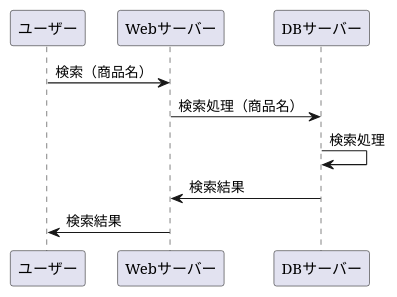
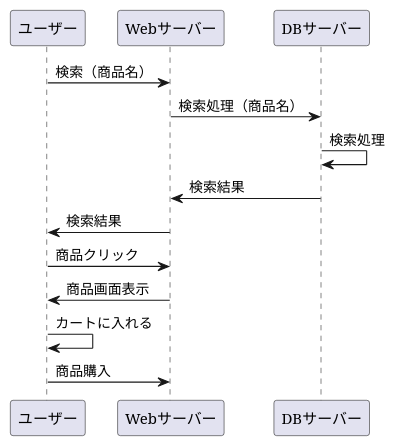
Before and after one commit to Aso2001384/2021sys-design: the diagram in ECsite_work.md, drawn with PlantUML.

````diff
--- a/ECsite_work.md
+++ b/ECsite_work.md
@@ -1,11 +1,16 @@
 ```uml
 @startuml
 
 ユーザー -> Webサーバー : 検索（商品名）
 Webサーバー -> DBサーバー : 検索処理（商品名）
 DBサーバー -> DBサーバー : 検索処理
 DBサーバー -> Webサーバー : 検索結果
 Webサーバー -> ユーザー : 検索結果
 
+ユーザー -> Webサーバー : 商品クリック
+Webサーバー -> ユーザー : 商品画面表示
+ユーザー -> ユーザー : カートに入れる
+ユーザー -> Webサーバー : 商品購入
+
 @enduml
 ```
````
